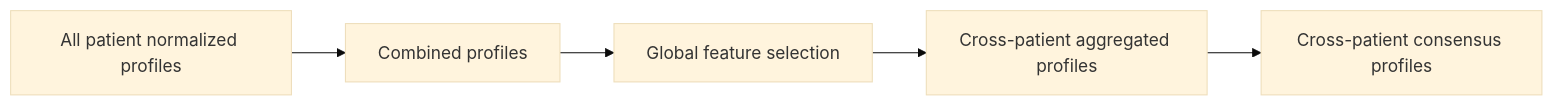
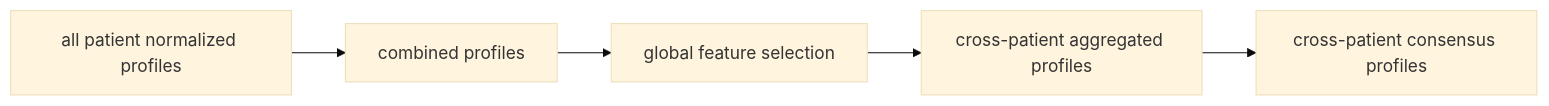
The fourth of 4 diagrams in README.md (WayScience/NF1_3D_organoid_profiling_pipeline), drawn with Mermaid (base theme) before and after one commit. The commit also changed other lines of this file and 23 other files, not shown here.

````diff
--- a/README.md
+++ b/README.md
@@ -449,7 +456,7 @@
 ```mermaid
-graph LR
-    A[All patient normalized profiles] --> B[Combined profiles]
-    B --> C[Global feature selection]
-    C --> D[Cross-patient aggregated profiles]
-    D --> E[Cross-patient consensus profiles]
+flowchart LR
+    A[all patient normalized profiles] --> B[combined profiles]
+    B --> C[global feature selection]
+    C --> D[cross-patient aggregated profiles]
+    D --> E[cross-patient consensus profiles]
 ```
````
